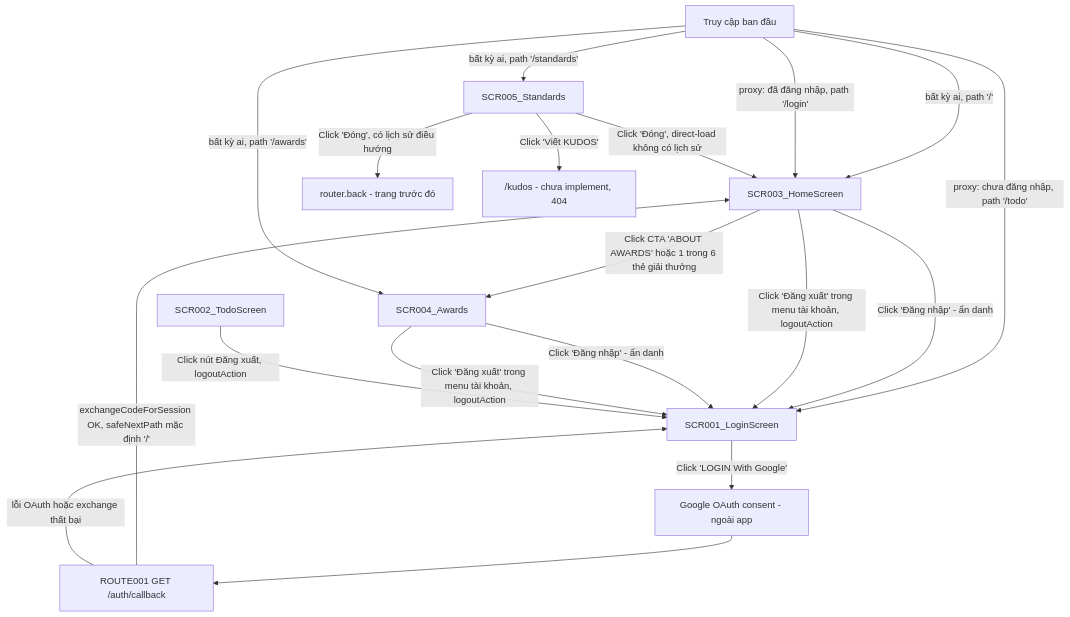
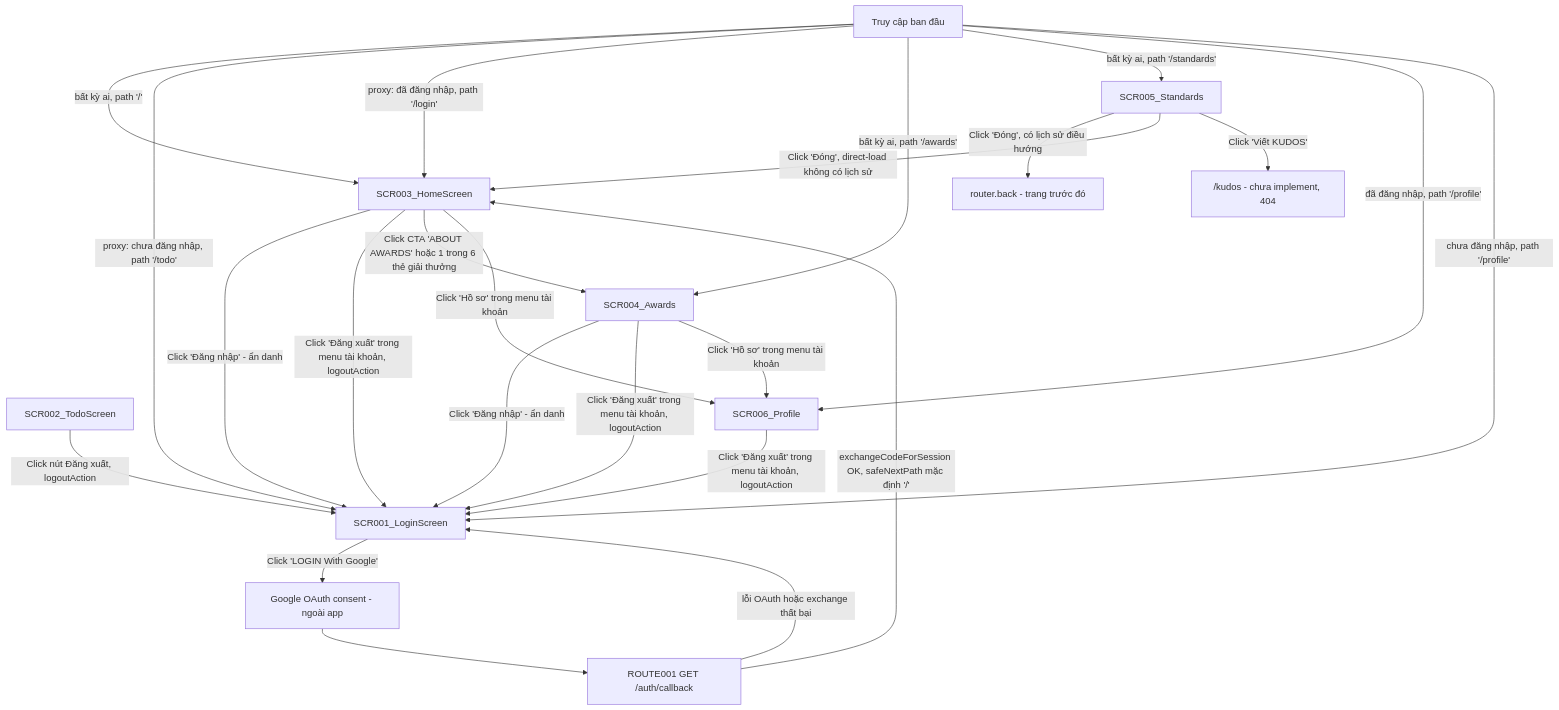
The first of 2 diagrams in docs/vi/generated/screen-flow.md (thangdx-1076/agentic-coding-hands-on), drawn with Mermaid before and after one commit. The commit also changed other lines of this file and 13 other files, not shown here.

````diff
--- a/docs/vi/generated/screen-flow.md
+++ b/docs/vi/generated/screen-flow.md
@@ -11,21 +11,26 @@
 ```mermaid
 graph TD
     Start[Truy cập ban đầu] -->|bất kỳ ai, path '/'| SCR003[SCR003_HomeScreen]
     Start -->|proxy: chưa đăng nhập, path '/todo'| SCR001[SCR001_LoginScreen]
     Start -->|proxy: đã đăng nhập, path '/login'| SCR003
     SCR001 -->|Click 'LOGIN With Google'| Google[Google OAuth consent - ngoài app]
     Google --> ROUTE001[ROUTE001 GET /auth/callback]
     ROUTE001 -->|exchangeCodeForSession OK, safeNextPath mặc định '/'| SCR003
     ROUTE001 -->|lỗi OAuth hoặc exchange thất bại| SCR001
     SCR003 -->|Click 'Đăng nhập' - ẩn danh| SCR001
     SCR003 -->|Click 'Đăng xuất' trong menu tài khoản, logoutAction| SCR001
     SCR003 -->|Click CTA 'ABOUT AWARDS' hoặc 1 trong 6 thẻ giải thưởng| SCR004[SCR004_Awards]
     Start -->|bất kỳ ai, path '/awards'| SCR004
     SCR004 -->|Click 'Đăng nhập' - ẩn danh| SCR001
     SCR004 -->|Click 'Đăng xuất' trong menu tài khoản, logoutAction| SCR001
     SCR002[SCR002_TodoScreen] -->|Click nút Đăng xuất, logoutAction| SCR001
     Start -->|bất kỳ ai, path '/standards'| SCR005[SCR005_Standards]
     SCR005 -->|Click 'Đóng', có lịch sử điều hướng| Back["router.back - trang trước đó"]
     SCR005 -->|Click 'Đóng', direct-load không có lịch sử| SCR003
     SCR005 -->|Click 'Viết KUDOS'| Kudos["/kudos - chưa implement, 404"]
+    SCR003 -->|Click 'Hồ sơ' trong menu tài khoản| SCR006[SCR006_Profile]
+    SCR004 -->|Click 'Hồ sơ' trong menu tài khoản| SCR006
+    Start -->|đã đăng nhập, path '/profile'| SCR006
+    Start -->|chưa đăng nhập, path '/profile'| SCR001
+    SCR006 -->|Click 'Đăng xuất' trong menu tài khoản, logoutAction| SCR001
 ```
````
